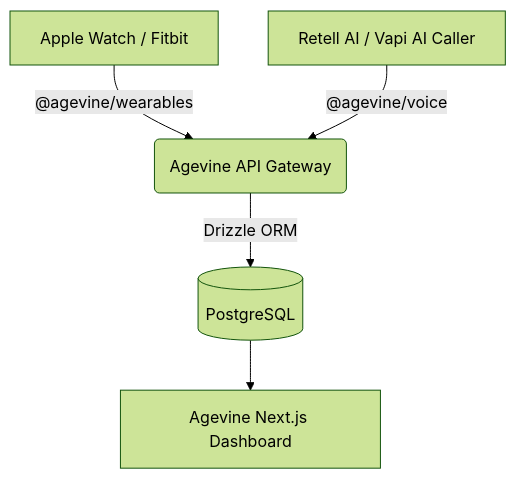
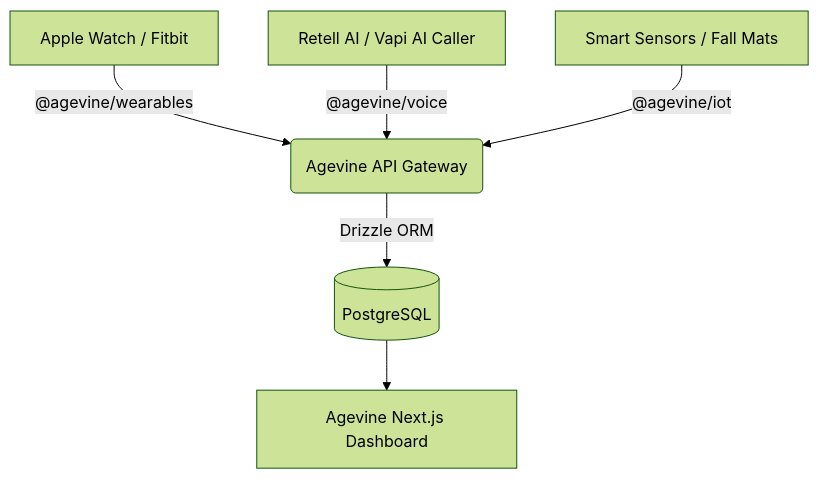
Before and after one commit to agevine/agevine: the diagram in README.md, drawn with Mermaid (forest theme). The commit also changed other lines of this file and 5 other files, not shown here.

````diff
--- a/README.md
+++ b/README.md
@@ -52,7 +54,8 @@
 ```mermaid
 graph TD;
     A[Apple Watch / Fitbit] -->|"@agevine/wearables"| C(Agevine API Gateway);
     B[Retell AI / Vapi AI Caller] -->|"@agevine/voice"| C;
+    F[Smart Sensors / Fall Mats] -->|"@agevine/iot"| C;
     C -->|"Drizzle ORM"| D[(PostgreSQL)];
     D --> E[Agevine Next.js Dashboard];
 ```
````
